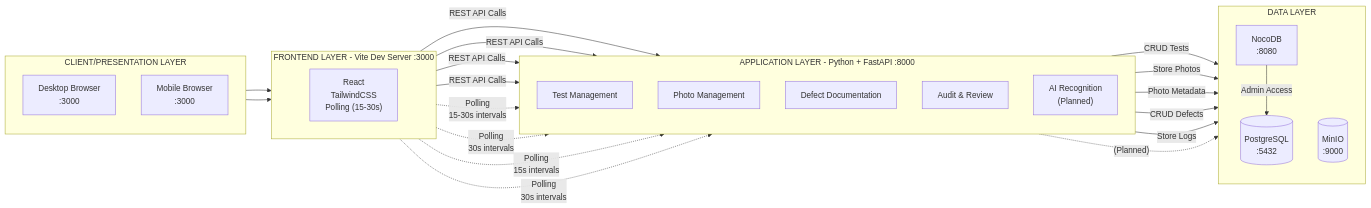
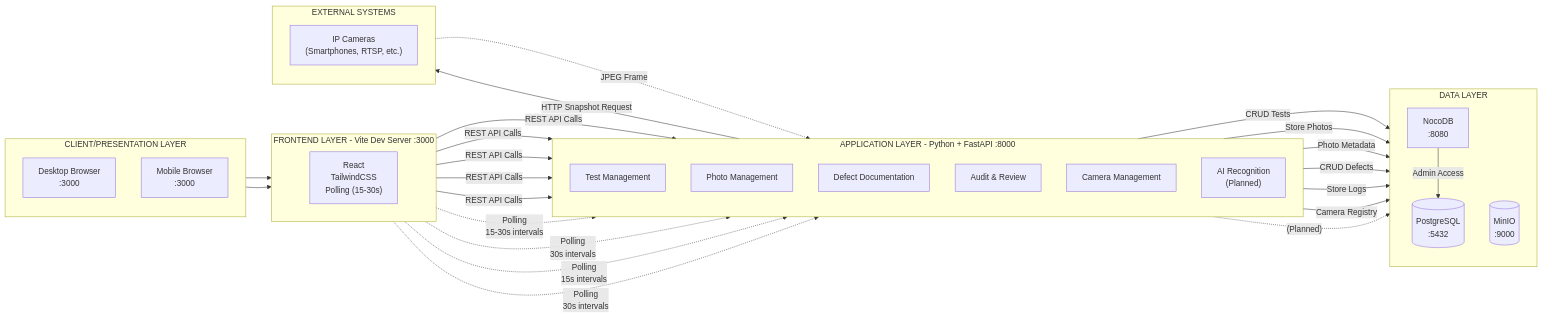
Before and after one commit to DominykasPivo/QC-Vision: the diagram in docs/detailed_architecture.md, drawn with Mermaid. The commit also changed other lines of this file and 1 other file, not shown here.

Commit message:
updated architecture diagram

````diff
--- a/docs/detailed_architecture.md
+++ b/docs/detailed_architecture.md
@@ -5,49 +5,59 @@
 ```mermaid
 flowchart LR
     subgraph CLIENT["CLIENT/PRESENTATION LAYER"]
         direction TB
         WEB["Desktop Browser<br/>:3000"]
         MOBILE["Mobile Browser<br/>:3000"]
     end
 
     subgraph FRONTEND["FRONTEND LAYER - Vite Dev Server :3000"]
         direction LR
         REACT["React <br/>TailwindCSS<br/>Polling (15-30s)"]
     end
 
     subgraph BACKEND["APPLICATION LAYER - Python + FastAPI :8000"]
         direction TB
         TEST["Test Management"]
         PHOTO["Photo Management"]
         DEFECT["Defect Documentation"]
         AUDIT["Audit & Review"]
+        CAMERA["Camera Management"]
         AI["AI Recognition<br/>(Planned)"]
     end
 
     subgraph DATA["DATA LAYER"]
         direction TB
         DB[("PostgreSQL<br/>:5432")]
         STORAGE[("MinIO<br/>:9000")]
         NOCODB["NocoDB<br/>:8080"]
     end
 
+    subgraph EXTERNAL["EXTERNAL SYSTEMS"]
+        direction TB
+        IPCAM["IP Cameras<br/>(Smartphones, RTSP, etc.)"]
+    end
+
     WEB --> REACT
     MOBILE --> REACT
     REACT -->|"REST API Calls"| TEST
     REACT -->|"REST API Calls"| PHOTO
     REACT -->|"REST API Calls"| DEFECT
     REACT -->|"REST API Calls"| AUDIT
+    REACT -->|"REST API Calls"| CAMERA
     REACT -.->|"Polling<br/>15-30s intervals"| TEST
     REACT -.->|"Polling<br/>30s intervals"| PHOTO
     REACT -.->|"Polling<br/>15s intervals"| DEFECT
     REACT -.->|"Polling<br/>30s intervals"| AUDIT
 
     TEST -->|"CRUD Tests"| DB
     PHOTO -->|"Store Photos"| STORAGE
     PHOTO -->|"Photo Metadata"| DB
     DEFECT -->|"CRUD Defects"| DB
     AUDIT -->|"Store Logs"| DB
+    CAMERA -->|"Camera Registry"| DB
+    CAMERA -->|"HTTP Snapshot Request"| IPCAM
+    IPCAM -.->|"JPEG Frame"| CAMERA
     AI -.->|"(Planned)"| DB
 
     NOCODB -->|"Admin Access"| DB
 ```
````
